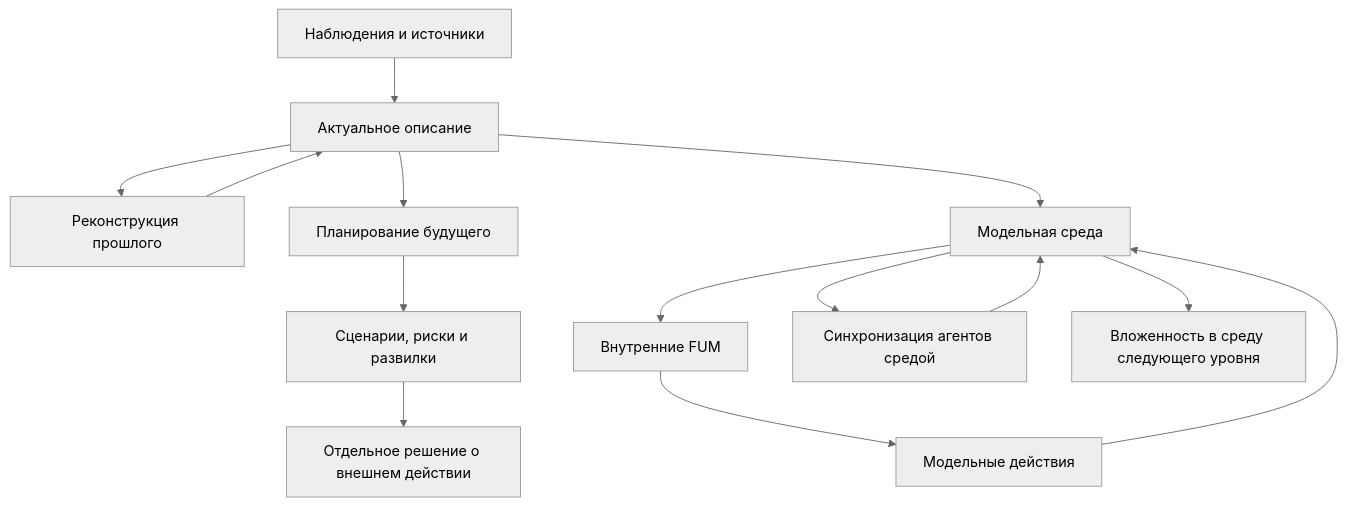
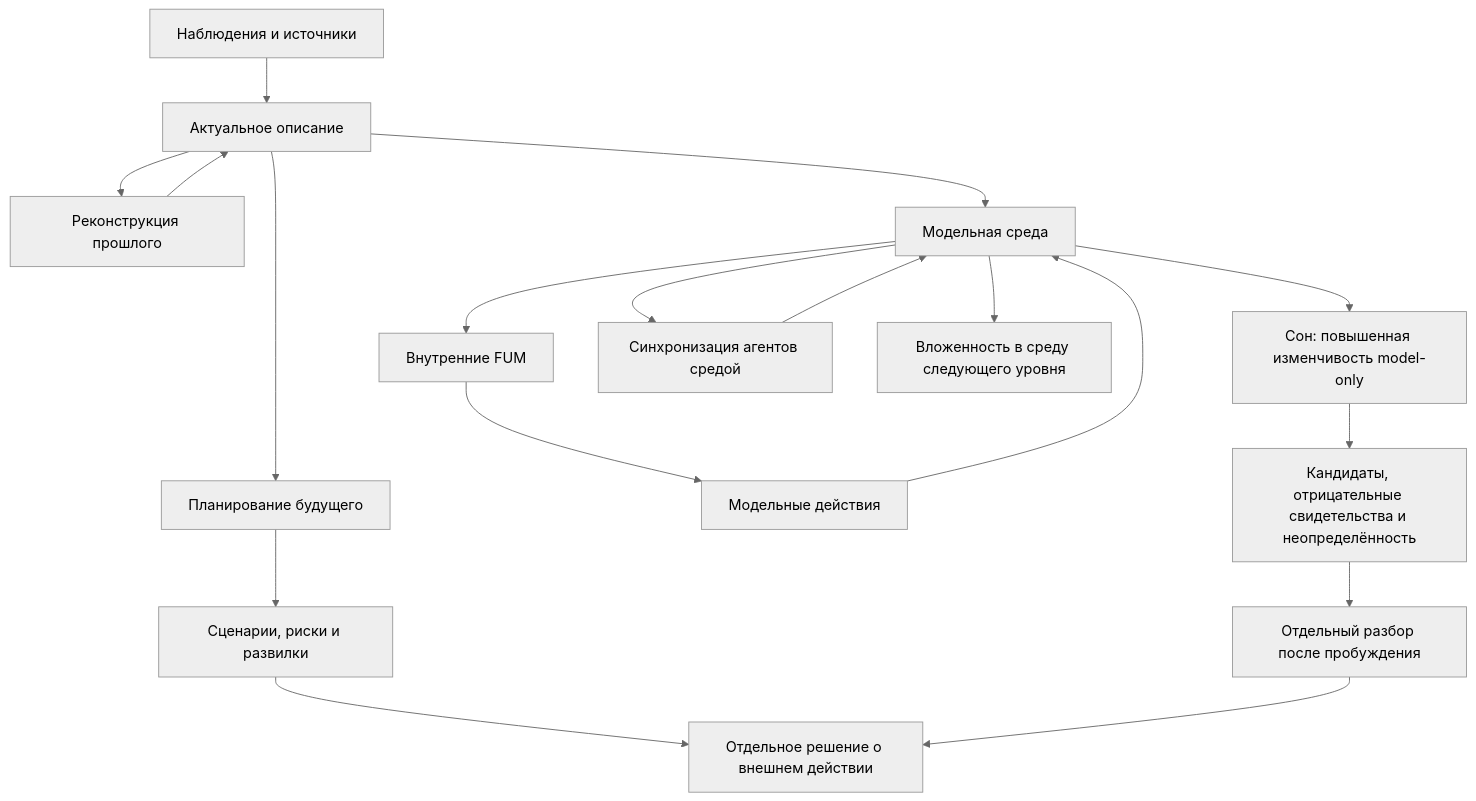
One commit to fum-lab/fum changed the diagram in Документация/11-среда-для-внутренних-FUM.md. Above: the diagram before and after it, drawn with Mermaid (neutral theme). The commit also changed other lines of this file and 16 other files, not shown here.

````diff
--- a/Документация/11-среда-для-внутренних-FUM.md
+++ b/Документация/11-среда-для-внутренних-FUM.md
@@ -85,16 +95,20 @@
 ```mermaid
 flowchart TD
     sources["Наблюдения и источники"] --> current["Актуальное описание"]
     current --> past["Реконструкция прошлого"]
     past --> current
     current --> future["Планирование будущего"]
     future --> scenarios["Сценарии, риски и развилки"]
     current --> environment["Модельная среда"]
     environment --> inner["Внутренние FUM"]
     inner --> model_actions["Модельные действия"]
     model_actions --> environment
+    environment --> sleep["Сон: повышенная изменчивость model-only"]
+    sleep --> sleep_candidates["Кандидаты, отрицательные свидетельства и неопределённость"]
+    sleep_candidates --> wake_review["Отдельный разбор после пробуждения"]
     environment --> sync["Синхронизация агентов средой"]
     sync --> environment
     environment --> outer_env["Вложенность в среду следующего уровня"]
     scenarios --> gate["Отдельное решение о внешнем действии"]
+    wake_review --> gate
 ```
````
